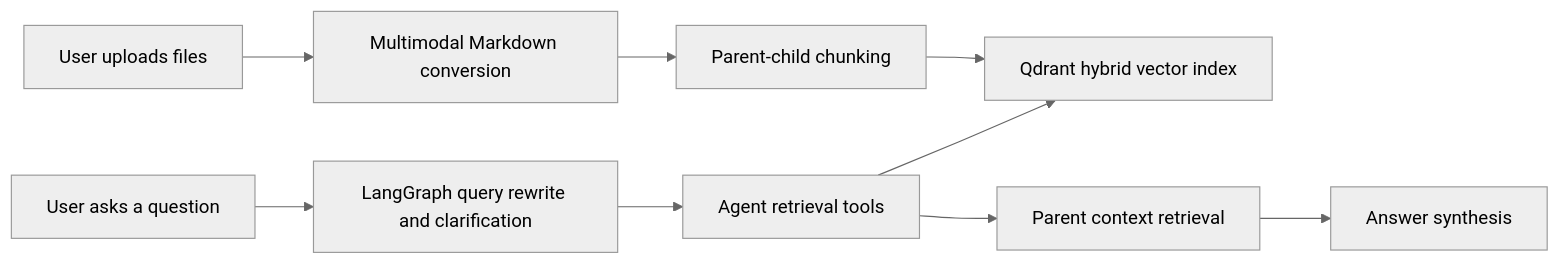
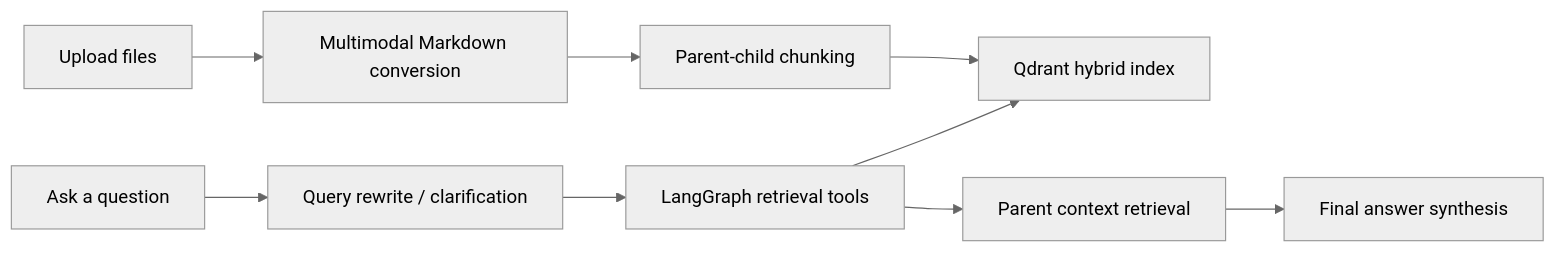
Before and after one commit to GuMiShDo666/RumerDetection-rag: the diagram in README.md, drawn with Mermaid (neutral theme). The commit also changed other lines of this file and 1 other file, not shown here.

````diff
--- a/README.md
+++ b/README.md
@@ -33,11 +53,11 @@
 ```mermaid
 flowchart LR
-    A["User uploads files"] --> B["Multimodal Markdown conversion"]
+    A["Upload files"] --> B["Multimodal Markdown conversion"]
     B --> C["Parent-child chunking"]
-    C --> D["Qdrant hybrid vector index"]
-    E["User asks a question"] --> F["LangGraph query rewrite and clarification"]
-    F --> G["Agent retrieval tools"]
+    C --> D["Qdrant hybrid index"]
+    E["Ask a question"] --> F["Query rewrite / clarification"]
+    F --> G["LangGraph retrieval tools"]
     G --> D
     G --> H["Parent context retrieval"]
-    H --> I["Answer synthesis"]
+    H --> I["Final answer synthesis"]
 ```
````
